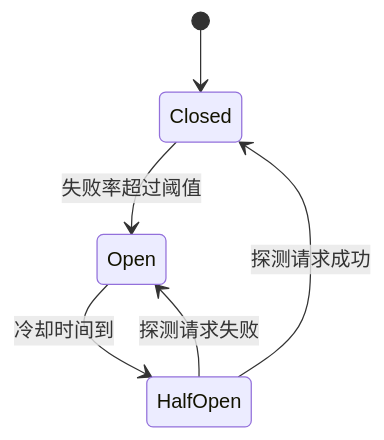
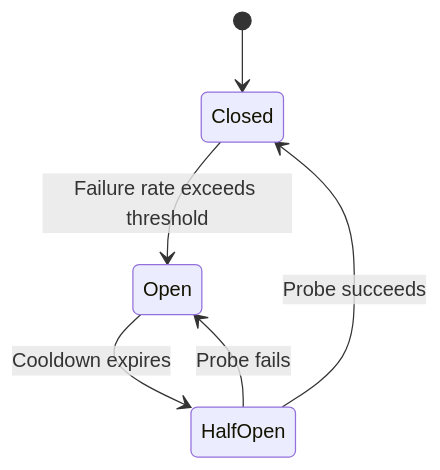
Before and after one commit to oneleaveknowsthefall/awesome-ai-roadmap: the second of 2 diagrams in docs/engineering/02-request-reliability/04-retry-timeout-idempotency-circuit-breaker.md, drawn with Mermaid. The commit also changed other lines of this file and 82 other files, not shown here.

````diff
--- a/docs/engineering/02-request-reliability/04-retry-timeout-idempotency-circuit-breaker.md
+++ b/docs/engineering/02-request-reliability/04-retry-timeout-idempotency-circuit-breaker.md
@@ -82,8 +82,8 @@
 ```mermaid
 stateDiagram-v2
     [*] --> Closed
-    Closed --> Open: 失败率超过阈值
-    Open --> HalfOpen: 冷却时间到
-    HalfOpen --> Closed: 探测请求成功
-    HalfOpen --> Open: 探测请求失败
+    Closed --> Open: Failure rate exceeds threshold
+    Open --> HalfOpen: Cooldown expires
+    HalfOpen --> Closed: Probe succeeds
+    HalfOpen --> Open: Probe fails
 ```
````
